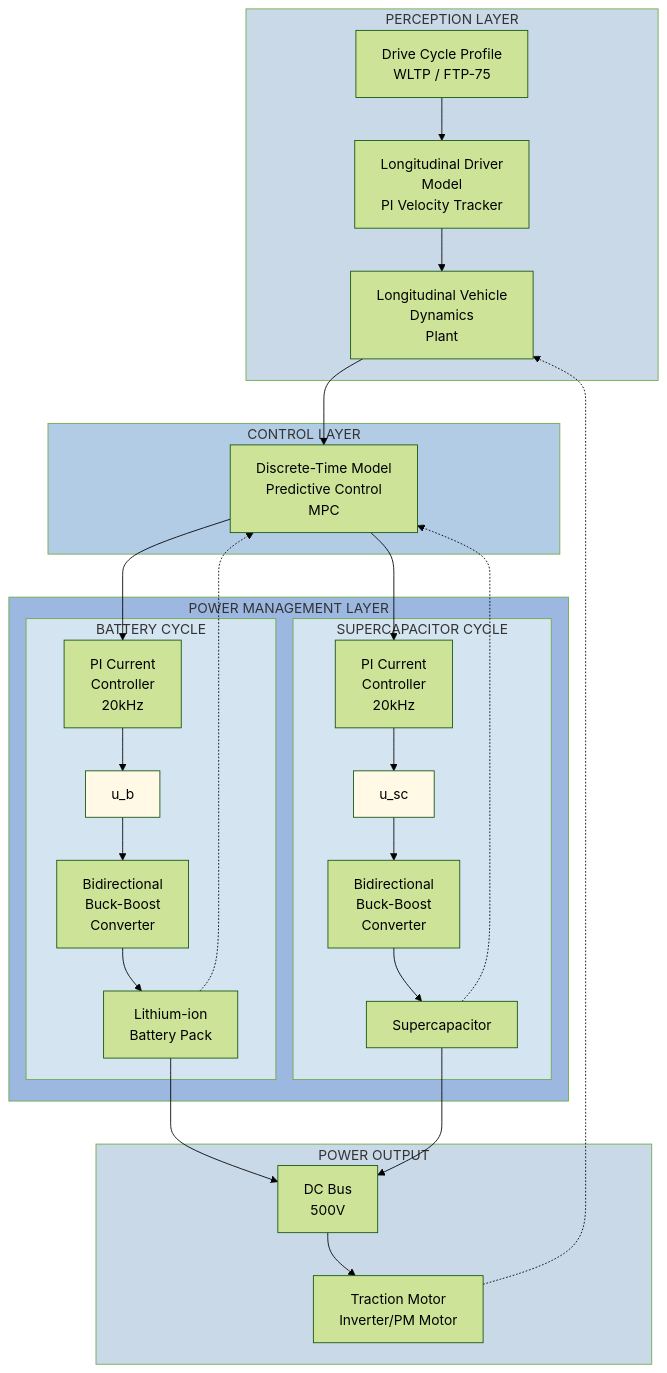
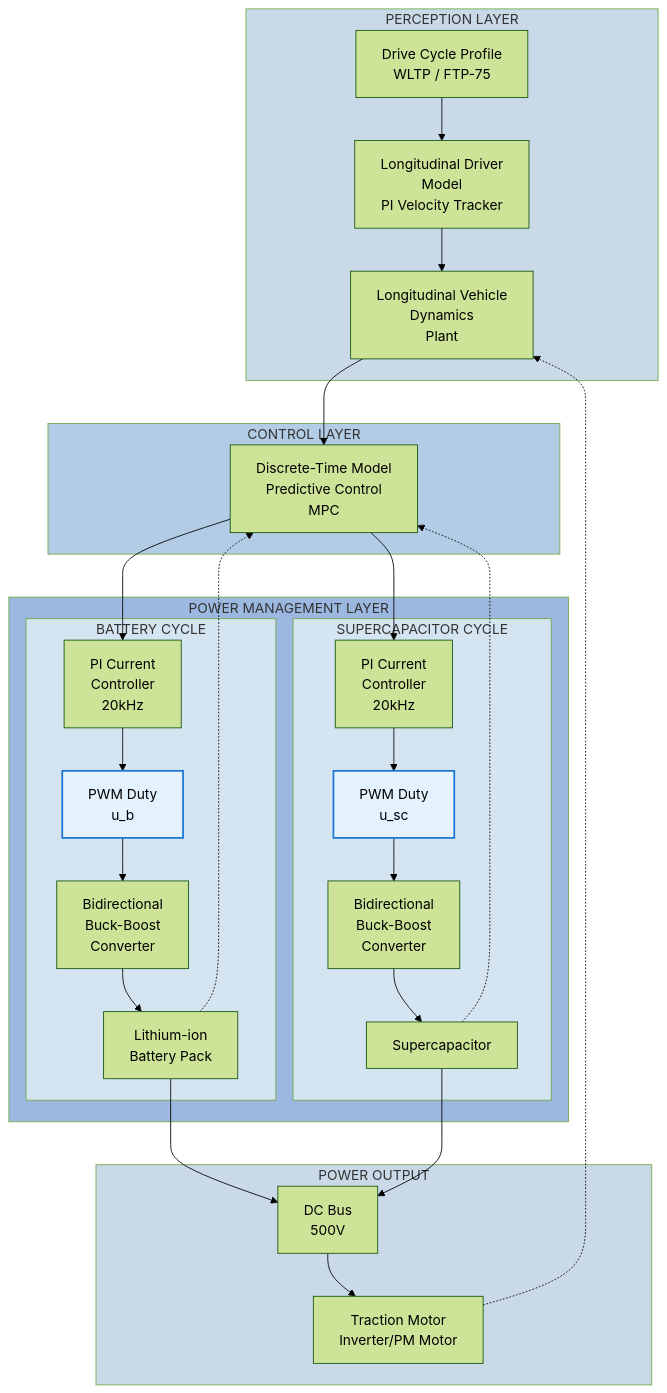
The diagram in ARCHITECTURE_DIAGRAM.md (selinkurt99-design/project1), drawn with Mermaid (forest theme) before and after one commit. The commit also changed other lines of this file, not shown here.

Commit message:
Update diagram with PWM Duty labels showing u_b and u_sc in parentheses

````diff
--- a/ARCHITECTURE_DIAGRAM.md
+++ b/ARCHITECTURE_DIAGRAM.md
@@ -5,60 +5,60 @@
 ```mermaid
 graph TD
     subgraph Perception["PERCEPTION LAYER"]
         A["Drive Cycle Profile<br/>WLTP / FTP-75"]
         B["Longitudinal Driver<br/>Model<br/>PI Velocity Tracker"]
         C["Longitudinal Vehicle<br/>Dynamics<br/>Plant"]
         A --> B
         B --> C
     end
     
     subgraph Control["CONTROL LAYER"]
         D["Discrete-Time Model<br/>Predictive Control<br/>MPC"]
     end
     
     subgraph Power["POWER MANAGEMENT LAYER"]
         subgraph Battery["BATTERY CYCLE"]
             E1["PI Current<br/>Controller<br/>20kHz"]
-            F1["u_b"]
+            F1["PWM Duty<br/>u_b"]
             G1["Bidirectional<br/>Buck-Boost<br/>Converter"]
             H1["Lithium-ion<br/>Battery Pack"]
             E1 --> F1
             F1 --> G1
             G1 --> H1
         end
         
         subgraph Supercap["SUPERCAPACITOR CYCLE"]
             E2["PI Current<br/>Controller<br/>20kHz"]
-            F2["u_sc"]
+            F2["PWM Duty<br/>u_sc"]
             G2["Bidirectional<br/>Buck-Boost<br/>Converter"]
             H2["Supercapacitor"]
             E2 --> F2
             F2 --> G2
             G2 --> H2
         end
     end
     
     subgraph Plant["POWER OUTPUT"]
         I["DC Bus<br/>500V"]
         J["Traction Motor<br/>Inverter/PM Motor"]
     end
     
     C --> D
     D --> E1
     D --> E2
     H1 --> I
     H2 --> I
     I --> J
     J -.-> C
     H1 -.-> D
     H2 -.-> D
     
     style Perception fill:#c9d9e8
     style Control fill:#b3cce6
     style Power fill:#9db8e0
     style Battery fill:#d4e4f0
     style Supercap fill:#d4e4f0
     style Plant fill:#c9d9e8
-    style F1 fill:#fff9e6
-    style F2 fill:#fff9e6
+    style F1 fill:#e3f2fd,stroke:#1976d2,stroke-width:2px
+    style F2 fill:#e3f2fd,stroke:#1976d2,stroke-width:2px
 ```
````
